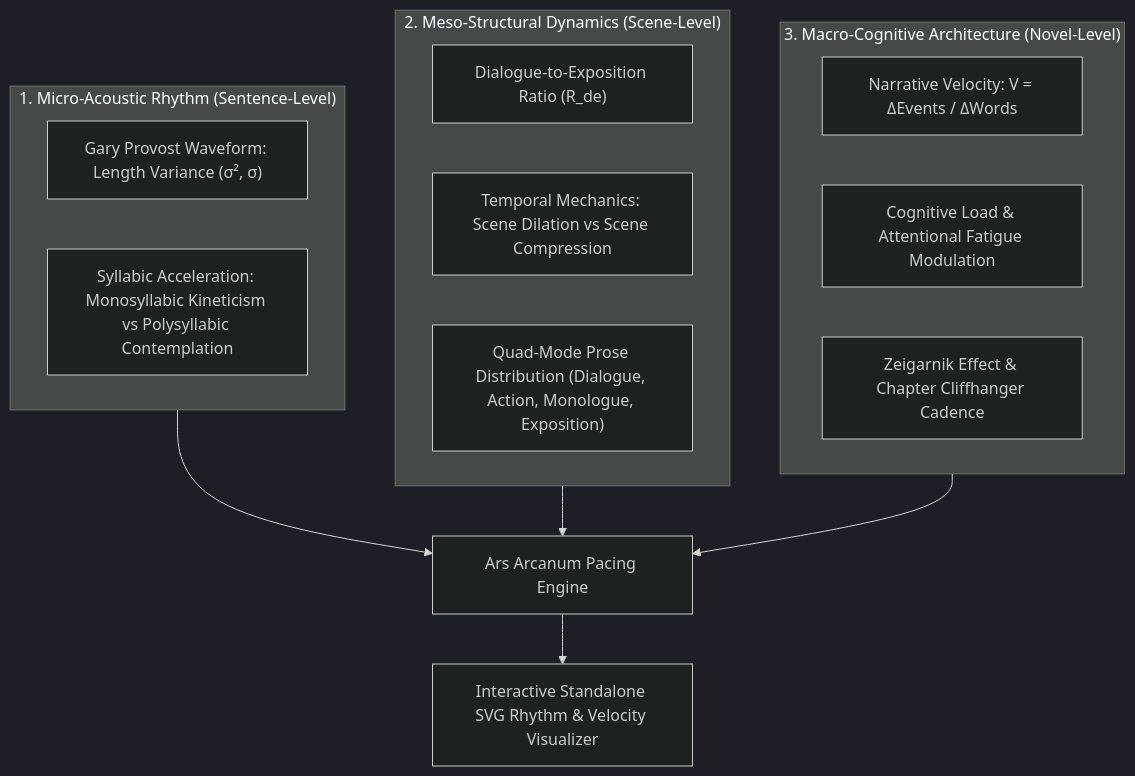
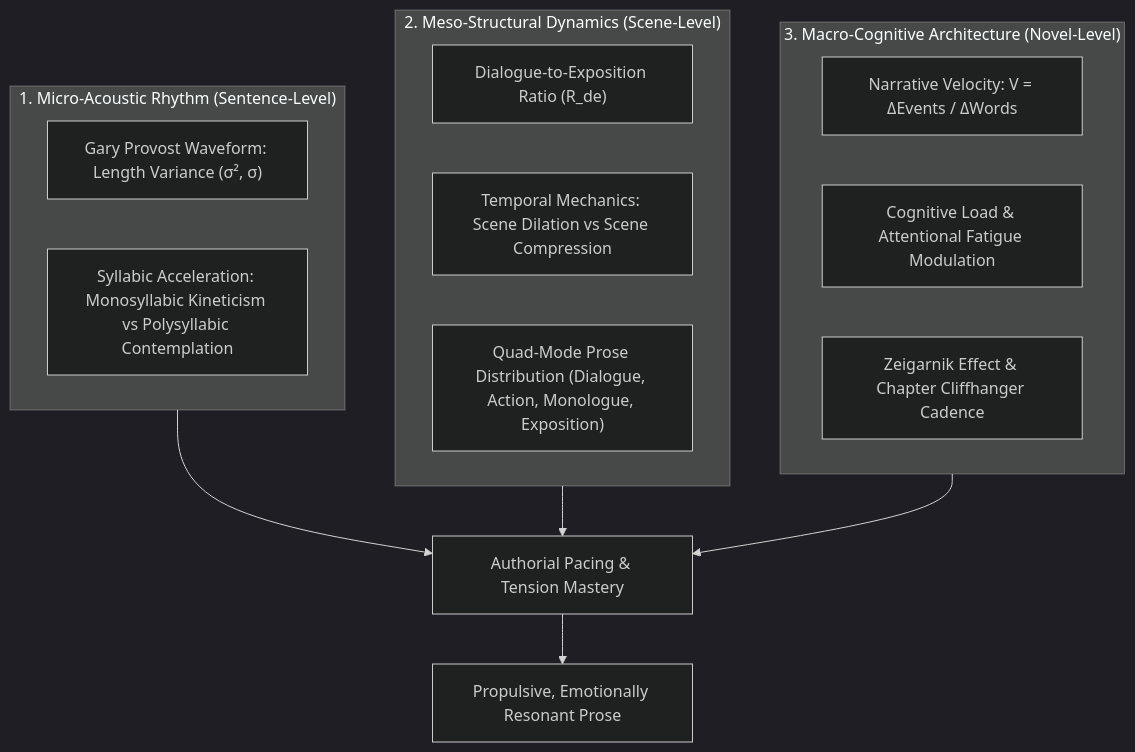
One commit to aryansinghnagar/Ars-Arcanum changed the first of 2 diagrams in docs/PACING.md. Above: the diagram before and after it, drawn with Mermaid (dark theme). The commit also changed other lines of this file and 12 other files, not shown here.

First line of the commit message:
docs: transform pruned engine specifications into author craft masterclasses

````diff
--- a/docs/PACING.md
+++ b/docs/PACING.md
@@ -12,22 +10,22 @@
 ```mermaid
 flowchart TD
     subgraph MicroAcoustic["1. Micro-Acoustic Rhythm (Sentence-Level)"]
         Provost["Gary Provost Waveform: Length Variance (σ², σ)"]
         Syllabic["Syllabic Acceleration: Monosyllabic Kineticism vs Polysyllabic Contemplation"]
     end
 
     subgraph Mesotextual["2. Meso-Structural Dynamics (Scene-Level)"]
         Ratio["Dialogue-to-Exposition Ratio (R_de)"]
         Dilation["Temporal Mechanics: Scene Dilation vs Scene Compression"]
         QuadMode["Quad-Mode Prose Distribution (Dialogue, Action, Monologue, Exposition)"]
     end
 
     subgraph MacroCognitive["3. Macro-Cognitive Architecture (Novel-Level)"]
         Velocity["Narrative Velocity: V = ΔEvents / ΔWords"]
         CognitiveLoad["Cognitive Load & Attentional Fatigue Modulation"]
         Cliffhanger["Zeigarnik Effect & Chapter Cliffhanger Cadence"]
     end
 
-    MicroAcoustic & Mesotextual & MacroCognitive --> Engine["Ars Arcanum Pacing Engine"]
-    Engine --> SVG["Interactive Standalone SVG Rhythm & Velocity Visualizer"]
+    MicroAcoustic & Mesotextual & MacroCognitive --> Craft["Authorial Pacing & Tension Mastery"]
+    Craft --> Manuscript["Propulsive, Emotionally Resonant Prose"]
 ```
````
